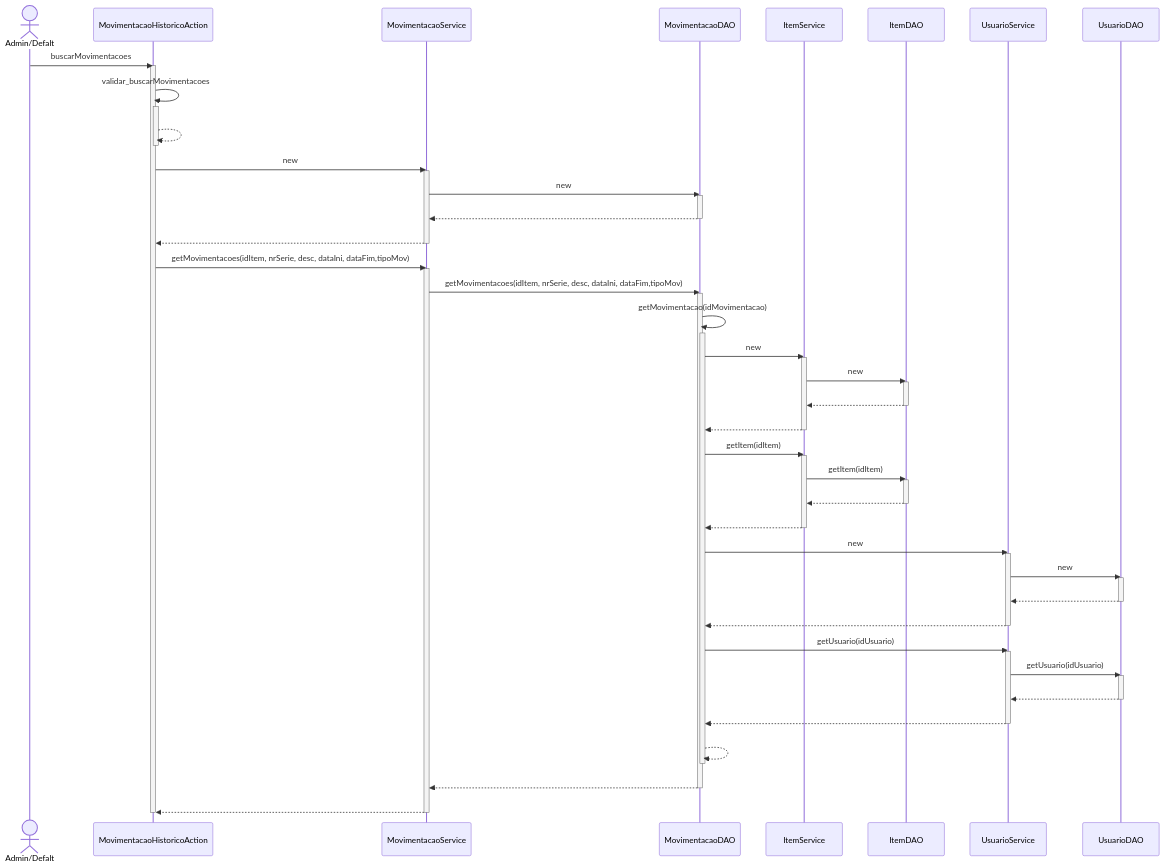
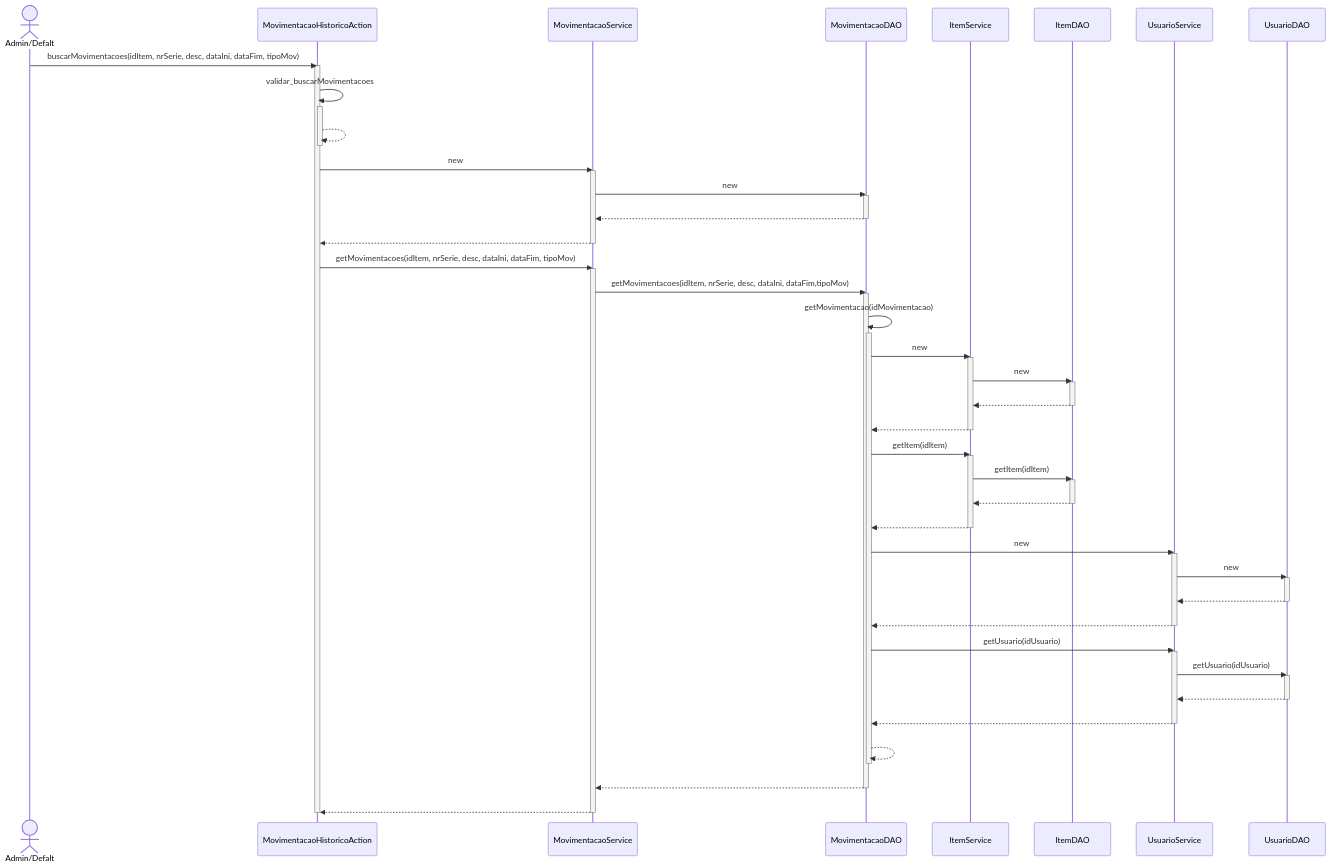
One commit to branqsMRP/SequenceDiagram changed the diagram in DiagramaSequencia/Novo Diagrama Sequencia/Movimentacao/Buscar Movimentacoes.mmd. Above: the diagram before and after it, drawn with Mermaid. The commit also changed 5 other files, not shown here.

```diff
--- a/DiagramaSequencia/Novo Diagrama Sequencia/Movimentacao/Buscar Movimentacoes.mmd
+++ b/DiagramaSequencia/Novo Diagrama Sequencia/Movimentacao/Buscar Movimentacoes.mmd
@@ -1,61 +1,61 @@
 sequenceDiagram
 actor AD as Admin/Defalt
-AD ->> MovimentacaoHistoricoAction : buscarMovimentacoes
+AD ->> MovimentacaoHistoricoAction : buscarMovimentacoes(idItem, nrSerie, desc, dataIni, dataFim, tipoMov)
 activate MovimentacaoHistoricoAction
 MovimentacaoHistoricoAction ->> MovimentacaoHistoricoAction : validar_buscarMovimentacoes
 activate MovimentacaoHistoricoAction
 MovimentacaoHistoricoAction -->> MovimentacaoHistoricoAction : #32; 
 deactivate MovimentacaoHistoricoAction
 MovimentacaoHistoricoAction ->> MovimentacaoService : new
 activate MovimentacaoService
 MovimentacaoService ->> MovimentacaoDAO : new
 activate MovimentacaoDAO
 MovimentacaoDAO -->> MovimentacaoService : #32; 
 deactivate MovimentacaoDAO
 MovimentacaoService -->> MovimentacaoHistoricoAction : #32; 
 deactivate MovimentacaoService
-MovimentacaoHistoricoAction ->> MovimentacaoService : getMovimentacoes(idItem, nrSerie, desc, dataIni, dataFim,tipoMov)
+MovimentacaoHistoricoAction ->> MovimentacaoService : getMovimentacoes(idItem, nrSerie, desc, dataIni, dataFim, tipoMov)
 activate MovimentacaoService
 MovimentacaoService ->> MovimentacaoDAO : getMovimentacoes(idItem, nrSerie, desc, dataIni, dataFim,tipoMov)
 activate MovimentacaoDAO
 MovimentacaoDAO ->> MovimentacaoDAO : getMovimentacao(idMovimentacao)
 activate MovimentacaoDAO
 MovimentacaoDAO ->> ItemService : new
 activate ItemService
 ItemService ->> ItemDAO : new
 activate ItemDAO
 ItemDAO -->> ItemService : #32; 
 deactivate ItemDAO
 ItemService -->> MovimentacaoDAO : #32; 
 deactivate ItemService
 MovimentacaoDAO ->> ItemService : getItem(idItem)
 activate ItemService
 ItemService ->> ItemDAO : getItem(idItem)
 activate ItemDAO
 ItemDAO -->> ItemService : #32; 
 deactivate ItemDAO
 ItemService -->> MovimentacaoDAO : #32; 
 deactivate ItemService
 MovimentacaoDAO ->> UsuarioService : new
 activate UsuarioService
 UsuarioService ->> UsuarioDAO : new
 activate UsuarioDAO
 UsuarioDAO -->> UsuarioService : #32; 
 deactivate UsuarioDAO
 UsuarioService -->> MovimentacaoDAO : #32; 
 deactivate UsuarioService
 MovimentacaoDAO ->> UsuarioService : getUsuario(idUsuario)
 activate UsuarioService
 UsuarioService ->> UsuarioDAO : getUsuario(idUsuario)
 activate UsuarioDAO
 UsuarioDAO -->> UsuarioService : #32; 
 deactivate UsuarioDAO
 UsuarioService -->> MovimentacaoDAO : #32; 
 deactivate UsuarioService
 MovimentacaoDAO -->> MovimentacaoDAO : #32; 
 deactivate MovimentacaoDAO
 MovimentacaoDAO -->> MovimentacaoService : #32; 
 deactivate MovimentacaoDAO
 MovimentacaoService -->> MovimentacaoHistoricoAction : #32; 
 deactivate MovimentacaoService
 deactivate MovimentacaoHistoricoAction
```
